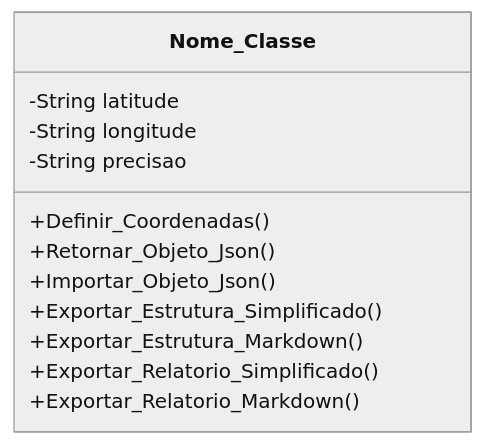
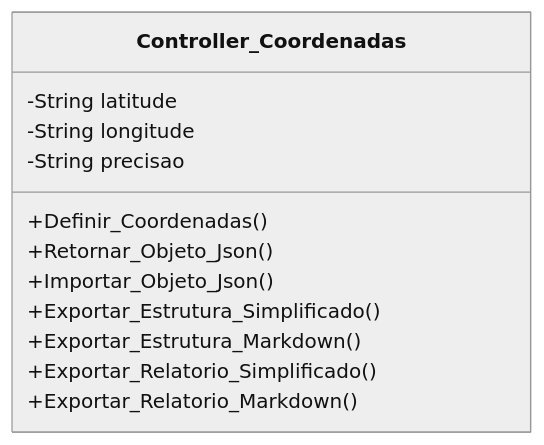
The diagram in DOCUMENTOS/Classe - Coordenadas.md (ETECC-Telecom/ValtObsidian-Script-Moto), drawn with Mermaid (neutral theme) before and after one commit. The commit also changed other lines of this file and 4 other files, not shown here.

````diff
--- a/DOCUMENTOS/Classe - Coordenadas.md
+++ b/DOCUMENTOS/Classe - Coordenadas.md
@@ -30,16 +29,16 @@
 ```mermaid
 classDiagram
-    class Nome_Classe{
+    class Controller_Coordenadas{
 	    -String latitude
 		-String longitude
 		-String precisao
       
 	    +Definir_Coordenadas()
 		+Retornar_Objeto_Json()
 		+Importar_Objeto_Json()
 		+Exportar_Estrutura_Simplificado()
 		+Exportar_Estrutura_Markdown()
 		+Exportar_Relatorio_Simplificado()
 		+Exportar_Relatorio_Markdown()
     }
 ```
````
